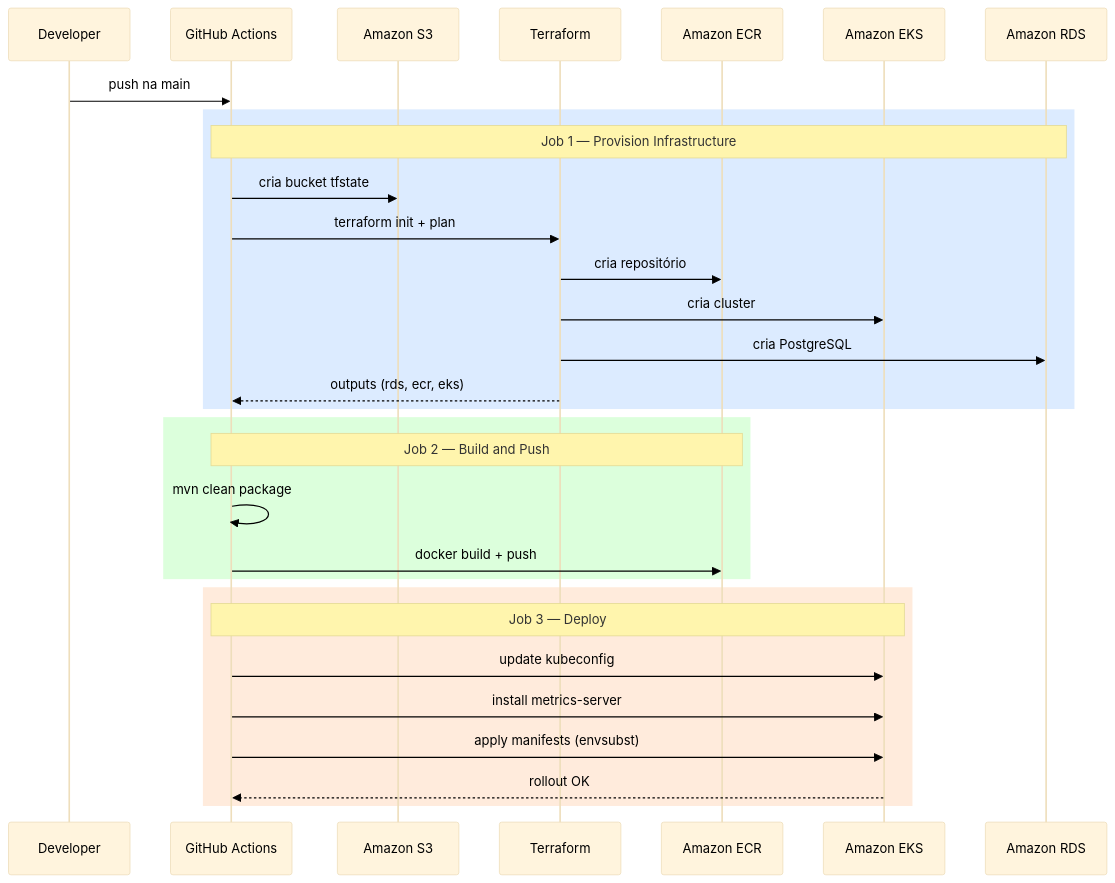
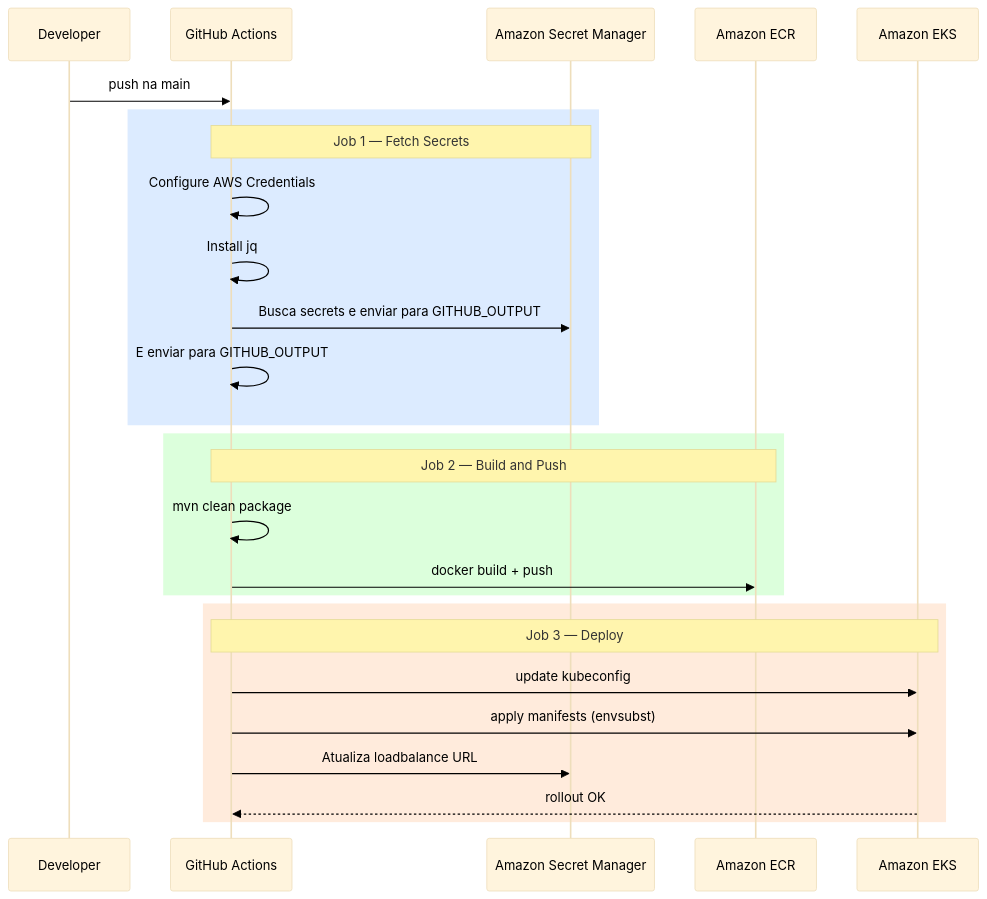
Before and after one commit to pitflow-so/pitflow-os-backend: the third of 3 diagrams in README.md, drawn with Mermaid. The commit also changed other lines of this file, not shown here.

````diff
--- a/README.md
+++ b/README.md
@@ -167,46 +165,42 @@
 ```mermaid
 %%{init: {
   "theme": "base",
   "themeVariables": {
     "primaryTextColor": "#000000",
     "secondaryTextColor": "#000000",
     "tertiaryTextColor": "#000000",
     "lineColor": "#333333",
     "fontSize": "14px"
   }
 }}%%
 sequenceDiagram
     participant Dev as Developer
     participant GH as GitHub Actions
-    participant S3 as Amazon S3
-    participant TF as Terraform
+    participant ASM as Amazon Secret Manager
     participant ECR as Amazon ECR
     participant EKS as Amazon EKS
-    participant RDS as Amazon RDS
 
     Dev->>GH: push na main
 
     rect rgb(220, 235, 255)
-        note over GH,RDS: Job 1 — Provision Infrastructure
-        GH->>S3: cria bucket tfstate
-        GH->>TF: terraform init + plan
-        TF->>ECR: cria repositório
-        TF->>EKS: cria cluster
-        TF->>RDS: cria PostgreSQL
-        TF-->>GH: outputs (rds, ecr, eks)
+        note over GH,ASM: Job 1 — Fetch Secrets
+        GH->>GH: Configure AWS Credentials
+        GH->>GH: Install jq
+        GH->>ASM: Busca secrets e enviar para GITHUB_OUTPUT
+        GH->>GH: E enviar para GITHUB_OUTPUT
     end
 
     rect rgb(220, 255, 220)
         note over GH,ECR: Job 2 — Build and Push
         GH->>GH: mvn clean package
         GH->>ECR: docker build + push
     end
 
     rect rgb(255, 235, 220)
         note over GH,EKS: Job 3 — Deploy
         GH->>EKS: update kubeconfig
-        GH->>EKS: install metrics-server
         GH->>EKS: apply manifests (envsubst)
+        GH->>ASM: Atualiza loadbalance URL
         EKS-->>GH: rollout OK
     end
 ```
````
